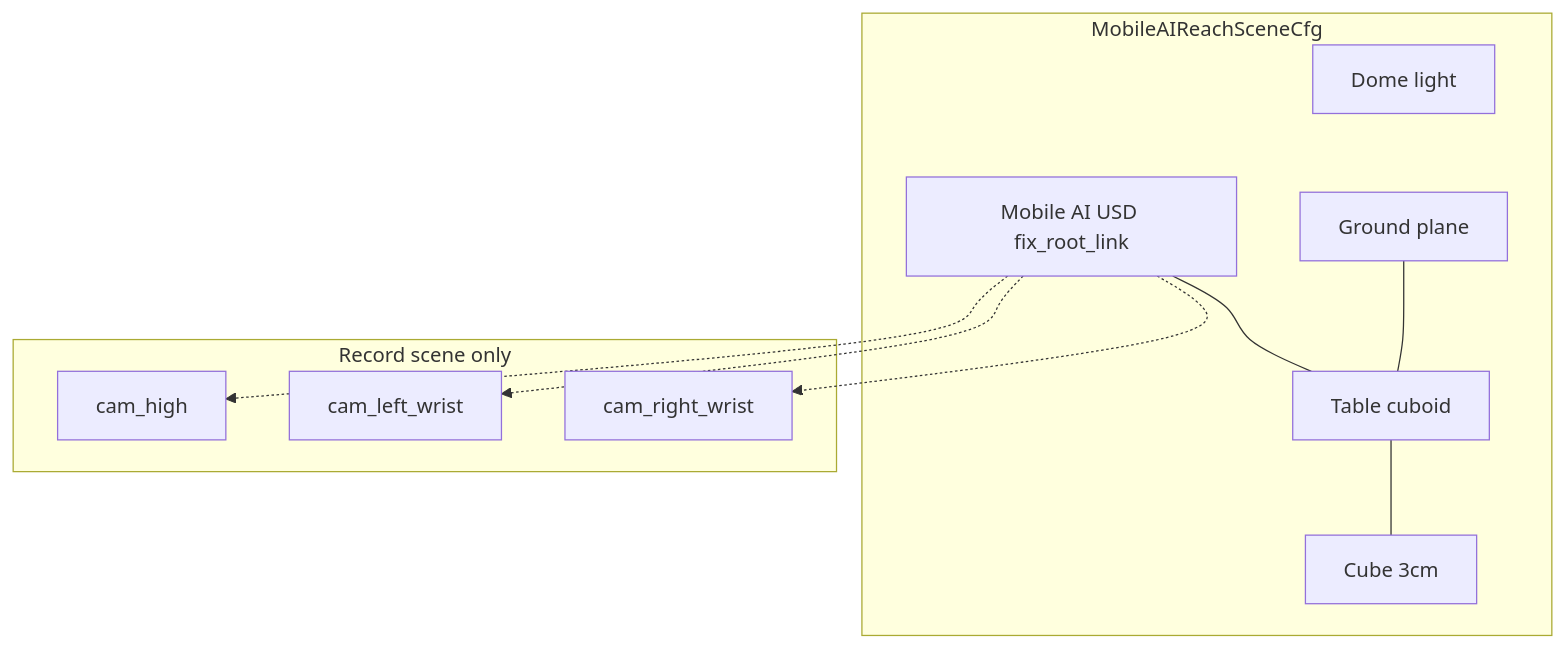
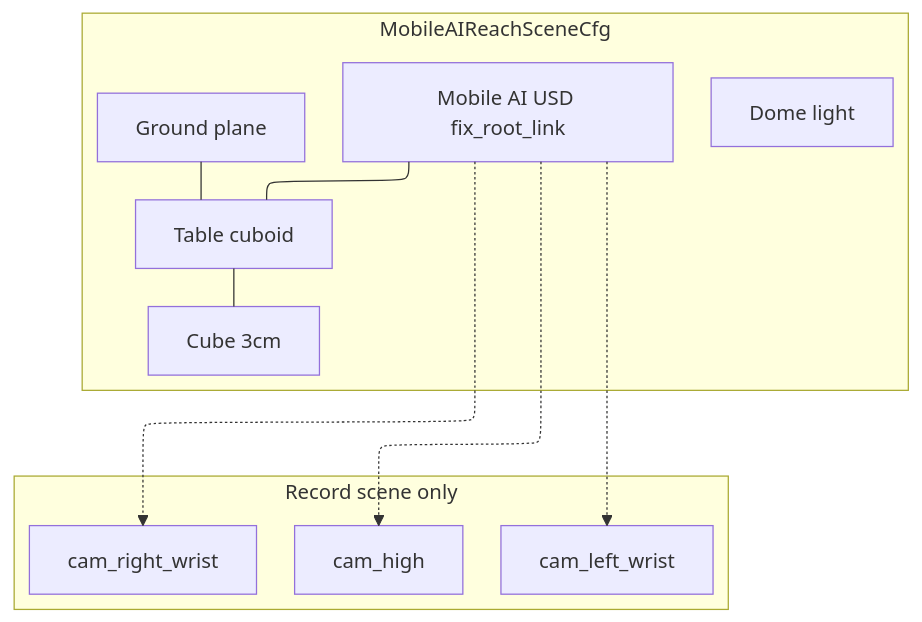
One commit to trossenmobileai/trossen_ai_isaac changed the second of 2 diagrams in docs/epic3/02-tasks-and-scene.md. Above: the diagram before and after it, drawn with Mermaid. The commit also changed other lines of this file and 27 other files, not shown here.

````diff
--- a/docs/epic3/02-tasks-and-scene.md
+++ b/docs/epic3/02-tasks-and-scene.md
@@ -194,22 +196,23 @@
 ```mermaid
+---
+config:
+  layout: elk
+---
 flowchart TB
-  subgraph scene [MobileAIReachSceneCfg]
-    Ground["Ground plane"]
-    Light["Dome light"]
-    Table["Table cuboid"]
-    Cube["Cube 3cm"]
-    Robot["Mobile AI USD fix_root_link"]
+ subgraph scene["MobileAIReachSceneCfg"]
+        Ground["Ground plane"]
+        Light["Dome light"]
+        Table["Table cuboid"]
+        Cube["Cube 3cm"]
+        Robot["Mobile AI USD fix_root_link"]
   end
-  subgraph recordCams [Record scene only]
-    CamH["cam_high"]
-    CamL["cam_left_wrist"]
-    CamR["cam_right_wrist"]
+ subgraph recordCams["Record scene only"]
+        CamH["cam_high"]
+        CamL["cam_left_wrist"]
+        CamR["cam_right_wrist"]
   end
-  Ground --- Table
-  Table --- Cube
-  Robot --- Table
-  Light --- scene
-  Robot -.-> CamH
-  Robot -.-> CamL
-  Robot -.-> CamR
+    Ground --- Table
+    Table --- Cube
+    Robot --- Table
+    Robot -.-> CamH & CamL & CamR
 ```
````
